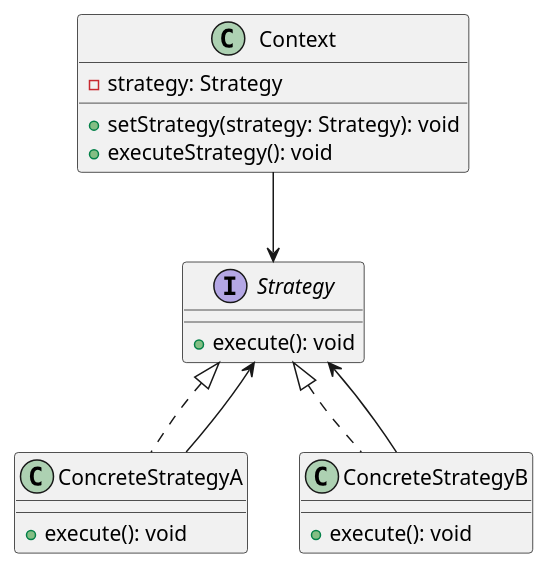
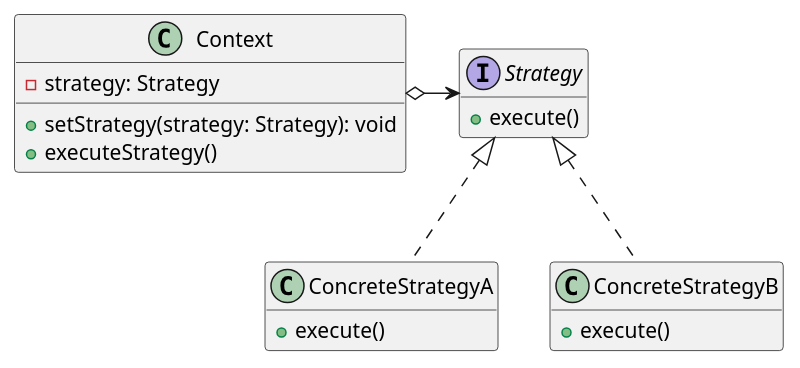
One commit to KubEF/architecture-learn-materials changed the diagram in patterns/strategy.pu. Above: the diagram before and after it, drawn with PlantUML. The commit also changed 50 other files, not shown here.

Commit message:
Add and fix diagrams

```diff
--- a/patterns/strategy.pu
+++ b/patterns/strategy.pu
@@ -1,23 +1,23 @@
 @startuml strategy
+hide empty members
+
 interface Strategy {
-    +execute(): void
+    +execute() 
 }
 
 class ConcreteStrategyA implements Strategy {
-    +execute(): void
+    +execute() 
 }
 
 class ConcreteStrategyB implements Strategy {
-    +execute(): void
+    +execute()
 }
 
 class Context {
     -strategy: Strategy
     +setStrategy(strategy: Strategy): void
-    +executeStrategy(): void
+    +executeStrategy()
 }
 
-Context --> Strategy
-ConcreteStrategyA --> Strategy
-ConcreteStrategyB --> Strategy
+Context o-> Strategy
 @enduml
```
